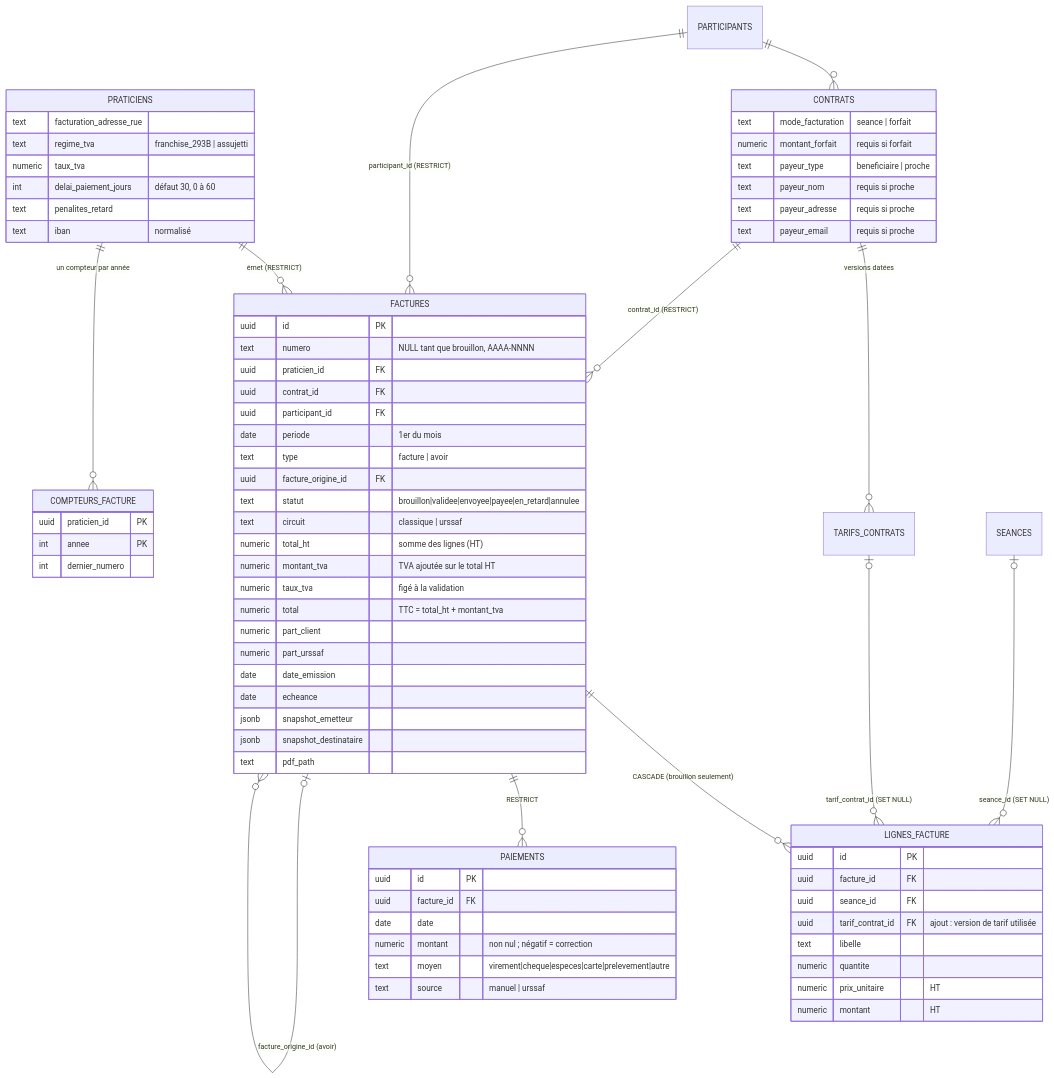
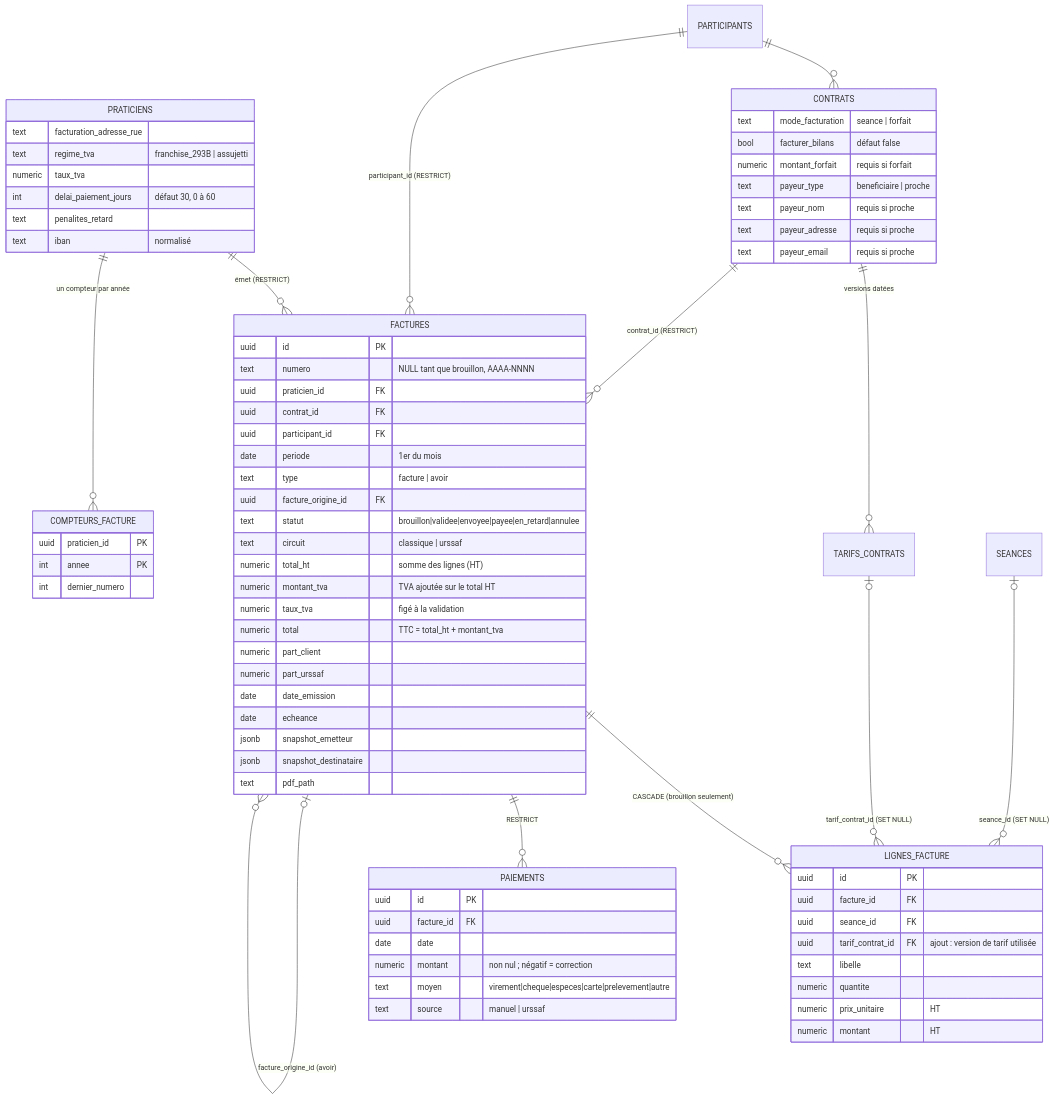
One commit to lorenzoht-sys/Horizon-app changed the diagram in docs/FACTURATION.md. Above: the diagram before and after it, drawn with Mermaid. The commit also changed other lines of this file and 1 other file, not shown here.

First line of the commit message:
test(facturation): 12 tests des bilans par contrat et documentation de la règle

````diff
--- a/docs/FACTURATION.md
+++ b/docs/FACTURATION.md
@@ -20,77 +17,78 @@
 ```mermaid
 erDiagram
     PRATICIENS ||--o{ FACTURES : "émet (RESTRICT)"
     PRATICIENS ||--o{ COMPTEURS_FACTURE : "un compteur par année"
     PARTICIPANTS ||--o{ CONTRATS : ""
     CONTRATS ||--o{ TARIFS_CONTRATS : "versions datées"
     CONTRATS ||--o{ FACTURES : "contrat_id (RESTRICT)"
     PARTICIPANTS ||--o{ FACTURES : "participant_id (RESTRICT)"
     FACTURES ||--o{ LIGNES_FACTURE : "CASCADE (brouillon seulement)"
     FACTURES ||--o{ PAIEMENTS : "RESTRICT"
     FACTURES |o--o{ FACTURES : "facture_origine_id (avoir)"
     SEANCES |o--o{ LIGNES_FACTURE : "seance_id (SET NULL)"
     TARIFS_CONTRATS |o--o{ LIGNES_FACTURE : "tarif_contrat_id (SET NULL)"
 
     PRATICIENS {
         text facturation_adresse_rue
         text regime_tva "franchise_293B | assujetti"
         numeric taux_tva
         int delai_paiement_jours "défaut 30, 0 à 60"
         text penalites_retard
         text iban "normalisé"
     }
     CONTRATS {
         text mode_facturation "seance | forfait"
+        bool facturer_bilans "défaut false"
         numeric montant_forfait "requis si forfait"
         text payeur_type "beneficiaire | proche"
         text payeur_nom "requis si proche"
         text payeur_adresse "requis si proche"
         text payeur_email "requis si proche"
     }
     FACTURES {
         uuid id PK
         text numero "NULL tant que brouillon, AAAA-NNNN"
         uuid praticien_id FK
         uuid contrat_id FK
         uuid participant_id FK
         date periode "1er du mois"
         text type "facture | avoir"
         uuid facture_origine_id FK
         text statut "brouillon|validee|envoyee|payee|en_retard|annulee"
         text circuit "classique | urssaf"
         numeric total_ht "somme des lignes (HT)"
         numeric montant_tva "TVA ajoutée sur le total HT"
         numeric taux_tva "figé à la validation"
         numeric total "TTC = total_ht + montant_tva"
         numeric part_client
         numeric part_urssaf
         date date_emission
         date echeance
         jsonb snapshot_emetteur
         jsonb snapshot_destinataire
         text pdf_path
     }
     LIGNES_FACTURE {
         uuid id PK
         uuid facture_id FK
         uuid seance_id FK
         uuid tarif_contrat_id FK "ajout : version de tarif utilisée"
         text libelle
         numeric quantite
         numeric prix_unitaire "HT"
         numeric montant "HT"
     }
     PAIEMENTS {
         uuid id PK
         uuid facture_id FK
         date date
         numeric montant "non nul ; négatif = correction"
         text moyen "virement|cheque|especes|carte|prelevement|autre"
         text source "manuel | urssaf"
     }
     COMPTEURS_FACTURE {
         uuid praticien_id PK
         int annee PK
         int dernier_numero
     }
 ```
````
